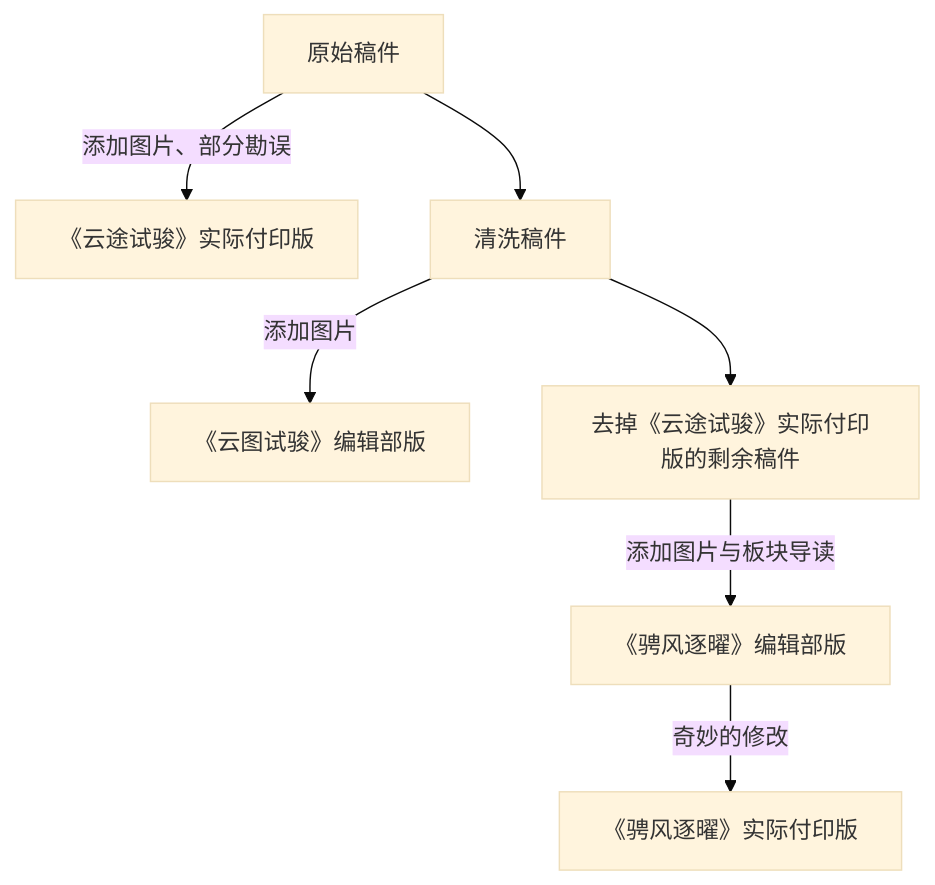
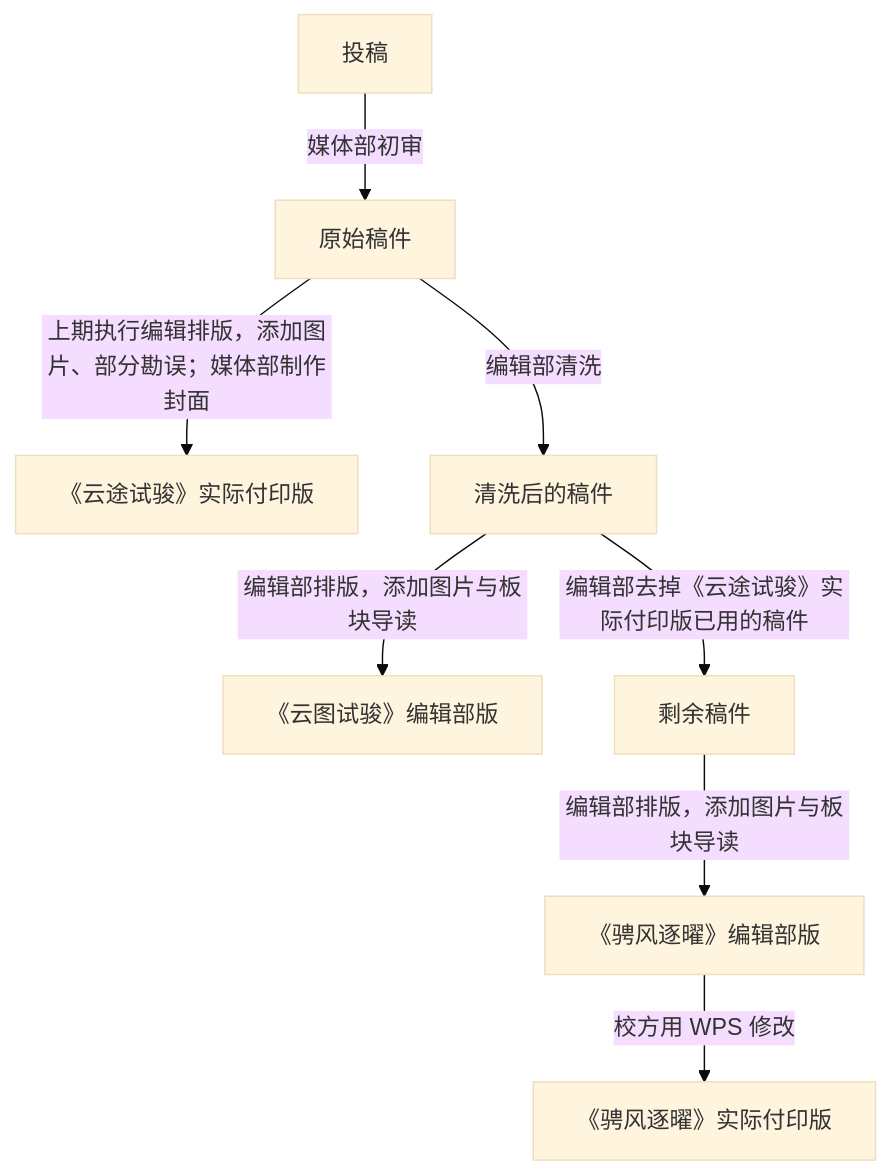
Before and after one commit to Yinzhou-High-School-Campus-Journal/Sports-Day-Issues-2026: the diagram in README.md, drawn with Mermaid (base theme). The commit also changed other lines of this file and 78 other files, not shown here.

````diff
--- a/README.md
+++ b/README.md
@@ -33,13 +47,13 @@
 ```mermaid
 flowchart TD
-    A["原始稿件"]
+    S["投稿"] -->|"媒体部初审"| A["原始稿件"]
 
-    A -->|"添加图片、部分勘误"| B["《云途试骏》实际付印版"]
-    A --> C["清洗稿件"]
+    A -->|"上期执行编辑排版，添加图片、部分勘误；媒体部制作封面"| B["《云途试骏》实际付印版"]
+    A -->|"编辑部清洗"| C["清洗后的稿件"]
 
-    C -->|"添加图片"| D["《云图试骏》编辑部版"]
-    C --> E["去掉《云途试骏》实际付印版的剩余稿件"]
+    C -->|"编辑部排版，添加图片与板块导读"| D["《云图试骏》编辑部版"]
+    C -->|"编辑部去掉《云途试骏》实际付印版已用的稿件"| E["剩余稿件"]
 
-    E -->|"添加图片与板块导读"| F["《骋风逐曜》编辑部版"]
-    F -->|"奇妙的修改"| G["《骋风逐曜》实际付印版"]
+    E -->|"编辑部排版，添加图片与板块导读"| F["《骋风逐曜》编辑部版"]
+    F -->|"校方用 WPS 修改"| G["《骋风逐曜》实际付印版"]
 ```
````
